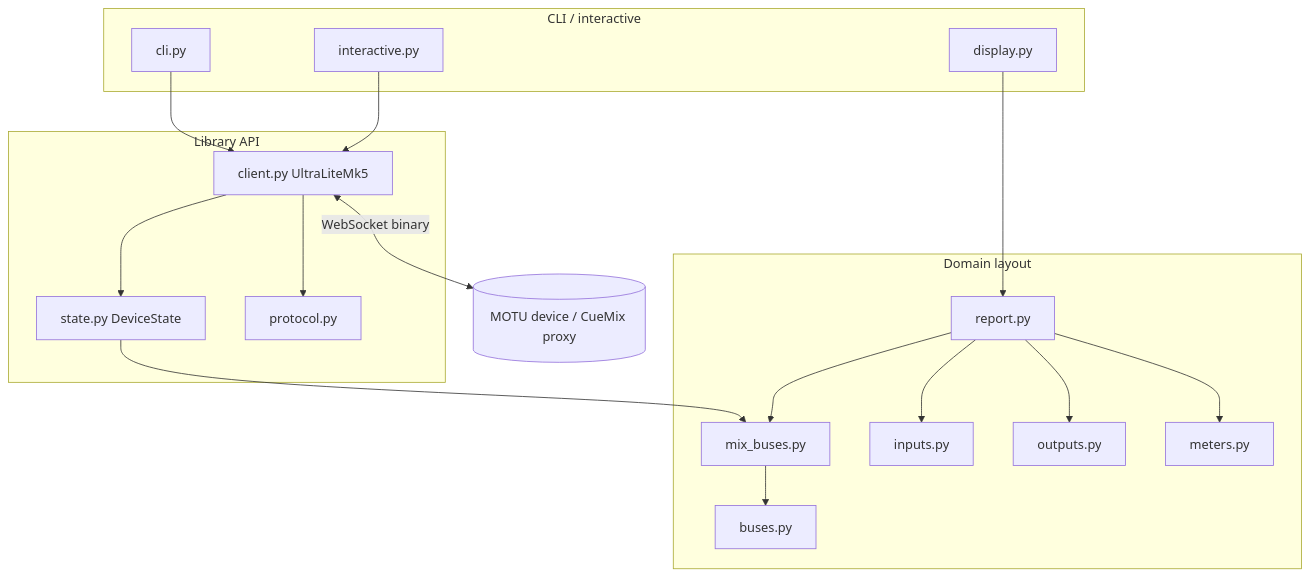
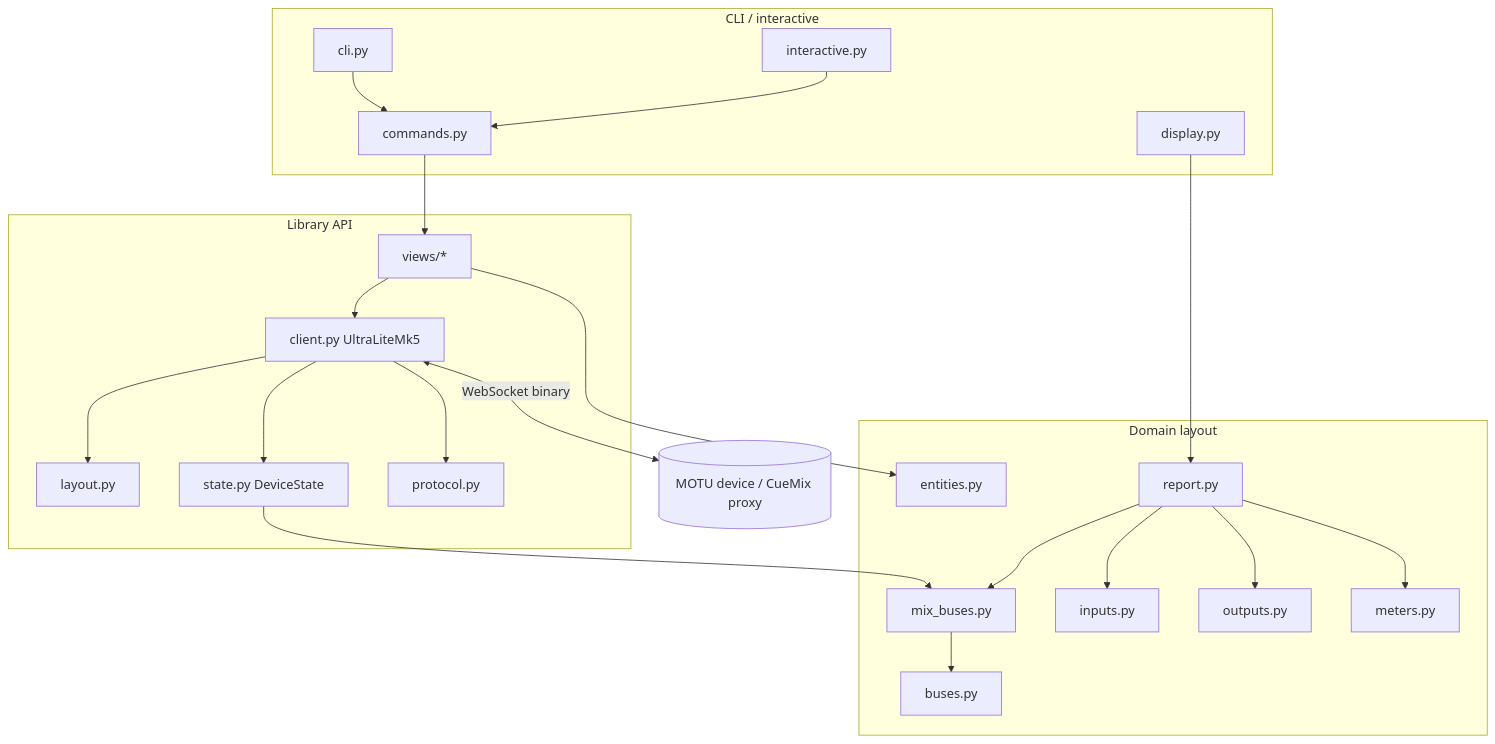
Before and after one commit to thedirtyd/ultralite-mk5-lib: the diagram in AGENTS.md, drawn with Mermaid. The commit also changed other lines of this file and 6 other files, not shown here.

````diff
--- a/AGENTS.md
+++ b/AGENTS.md
@@ -33,38 +33,46 @@
 ```mermaid
 flowchart TB
   subgraph cli [CLI / interactive]
     cli_py[cli.py]
     interactive[interactive.py]
+    commands[commands.py]
     display[display.py]
   end
 
   subgraph api [Library API]
     client[client.py UltraLiteMk5]
+    views[views/*]
+    layout[layout.py]
     state[state.py DeviceState]
     protocol[protocol.py]
   end
 
   subgraph domain [Domain layout]
+    entities[entities.py]
     buses[buses.py]
     mix_buses[mix_buses.py]
     inputs[inputs.py]
     outputs[outputs.py]
     meters[meters.py]
     report[report.py]
   end
 
   device[(MOTU device / CueMix proxy)]
 
-  cli_py --> client
-  interactive --> client
+  cli_py --> commands
+  interactive --> commands
+  commands --> views
+  views --> client
+  client --> layout
+  client --> state
+  client --> protocol
   display --> report
   report --> mix_buses
-  client --> state
-  client --> protocol
+  views --> entities
   state --> mix_buses
   mix_buses --> buses
   report --> inputs
   report --> outputs
   report --> meters
   client <-->|WebSocket binary| device
 ```
````
